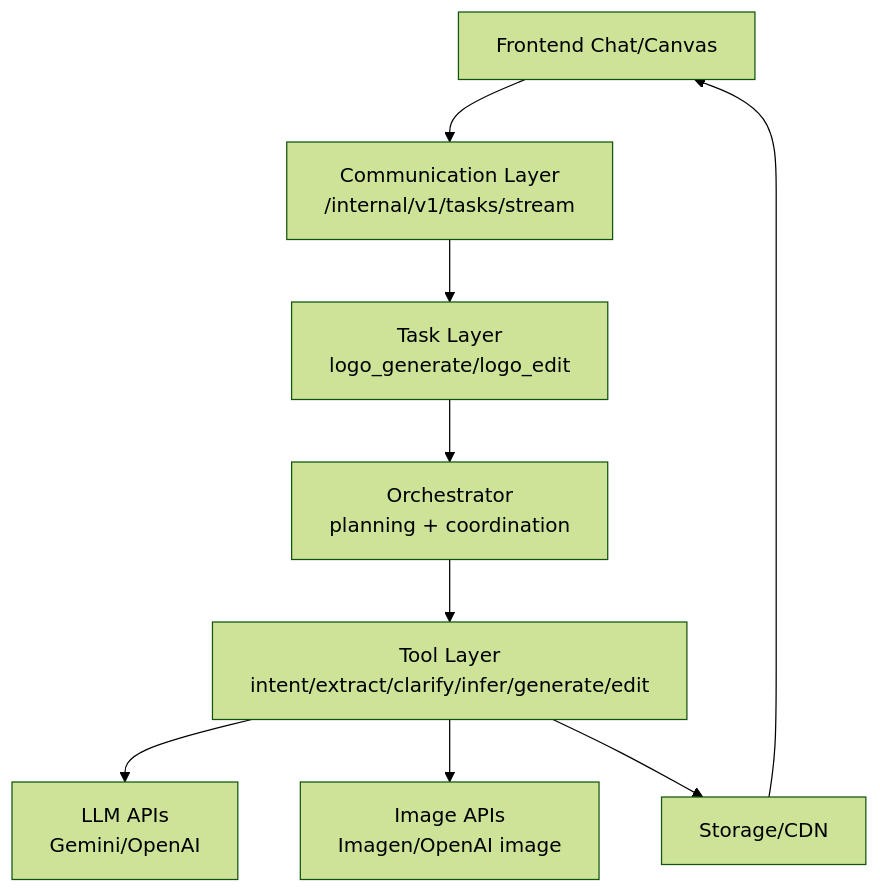
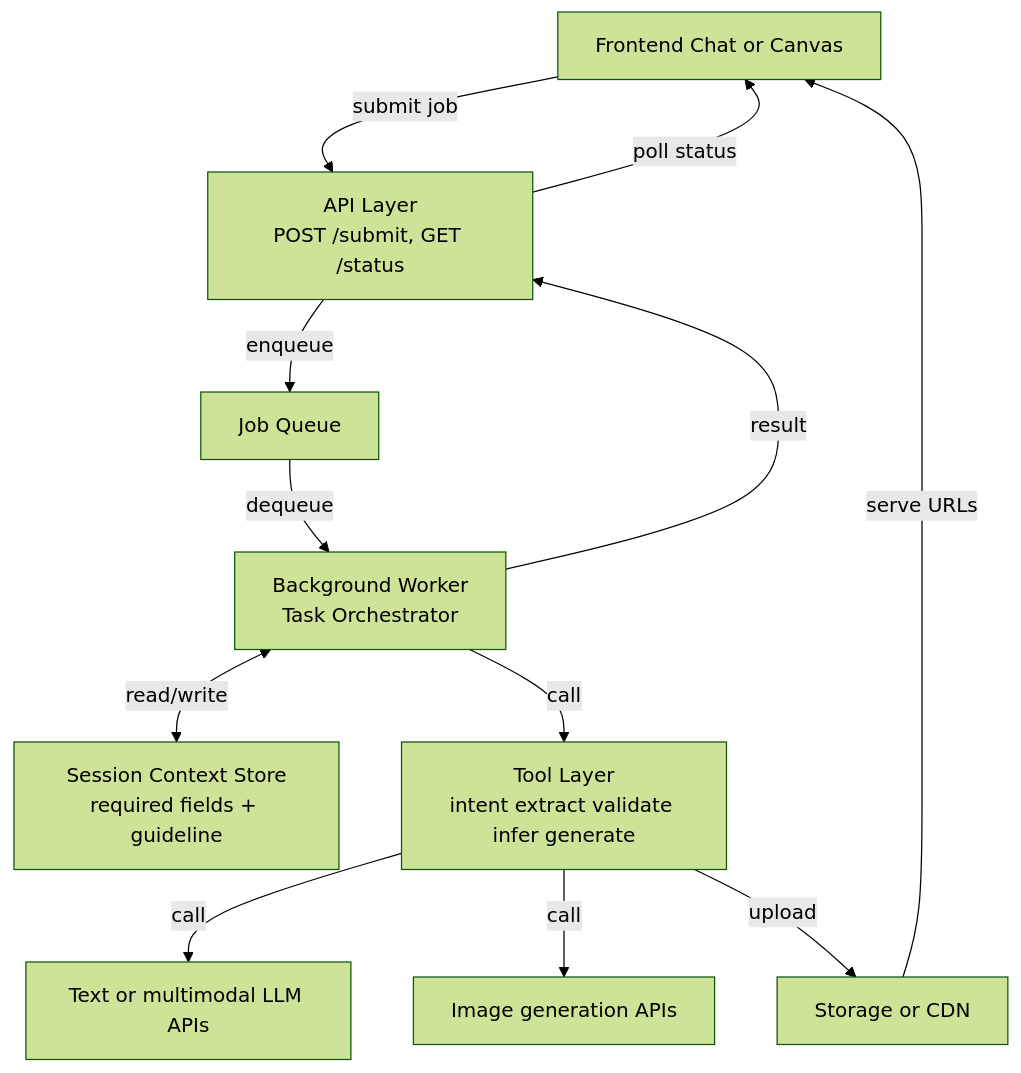
The second of 7 diagrams in architecture.md (Ne4nf/Agent-Memory), drawn with Mermaid (forest theme) before and after one commit. The commit also changed other lines of this file, not shown here.

````diff
--- a/architecture.md
+++ b/architecture.md
@@ -96,20 +107,24 @@
 ```mermaid
 graph TB
-    FE["Frontend Chat/Canvas"]
-    API["Communication Layer\n/internal/v1/tasks/stream"]
-    TASK["Task Layer\nlogo_generate/logo_edit"]
-    ORCH["Orchestrator\nplanning + coordination"]
-    TOOLS["Tool Layer\nintent/extract/clarify/infer/generate/edit"]
-    LLM["LLM APIs\nGemini/OpenAI"]
-    IMG["Image APIs\nImagen/OpenAI image"]
-    STO["Storage/CDN"]
+    FE[Frontend Chat or Canvas]
+    API["API Layer\nPOST /submit, GET /status"]
+    QUEUE[Job Queue]
+    WORKER[Background Worker\nTask Orchestrator]
+    CTX["Session Context Store\nrequired fields + guideline"]
+    TOOLBOX["Tool Layer\nintent extract validate infer generate"]
+    LLM["Text or multimodal LLM APIs"]
+    IMG["Image generation APIs"]
+    STO["Storage or CDN"]
 
-    FE --> API
-    API --> TASK
-    TASK --> ORCH
-    ORCH --> TOOLS
-    TOOLS --> LLM
-    TOOLS --> IMG
-    TOOLS --> STO
-    STO --> FE
+    FE -->|submit job| API
+    API -->|enqueue| QUEUE
+    QUEUE -->|dequeue| WORKER
+    WORKER <-->|read/write| CTX
+    WORKER -->|call| TOOLBOX
+    TOOLBOX -->|call| LLM
+    TOOLBOX -->|call| IMG
+    TOOLBOX -->|upload| STO
+    WORKER -->|result| API
+    API -->|poll status| FE
+    STO -->|serve URLs| FE
 ```
````
